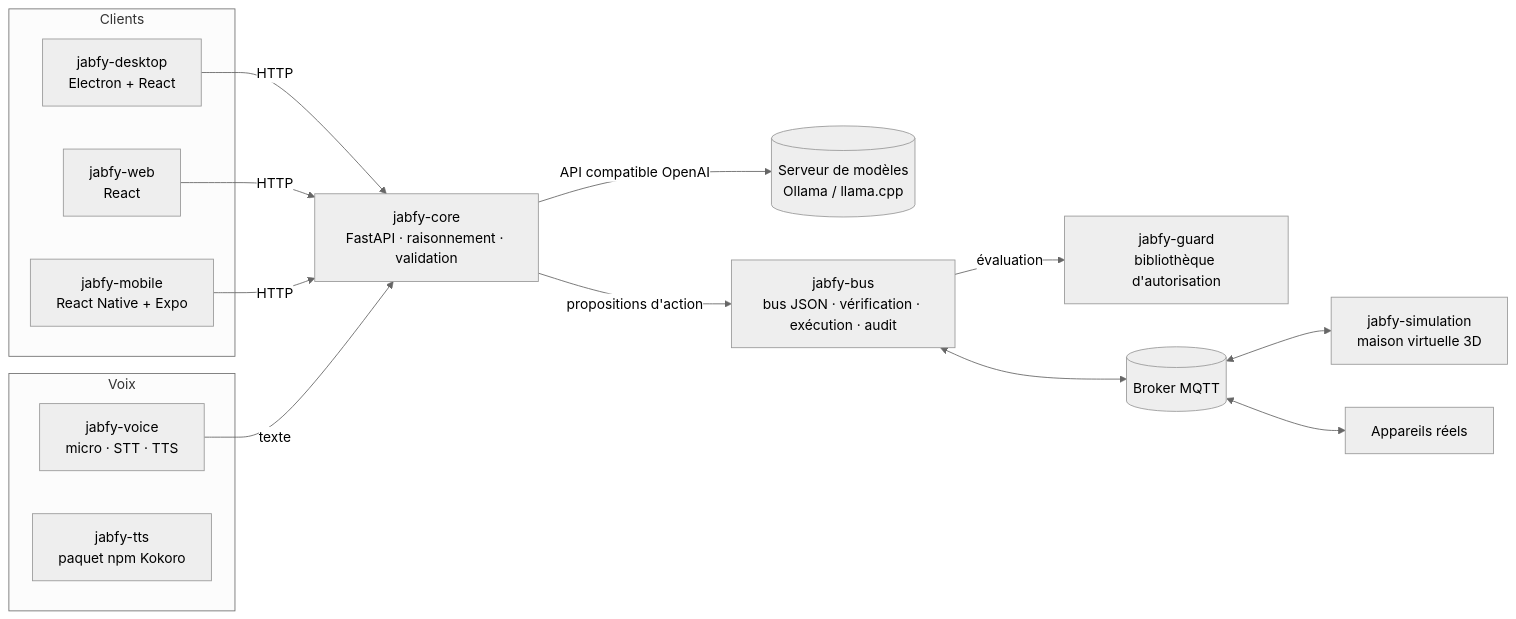
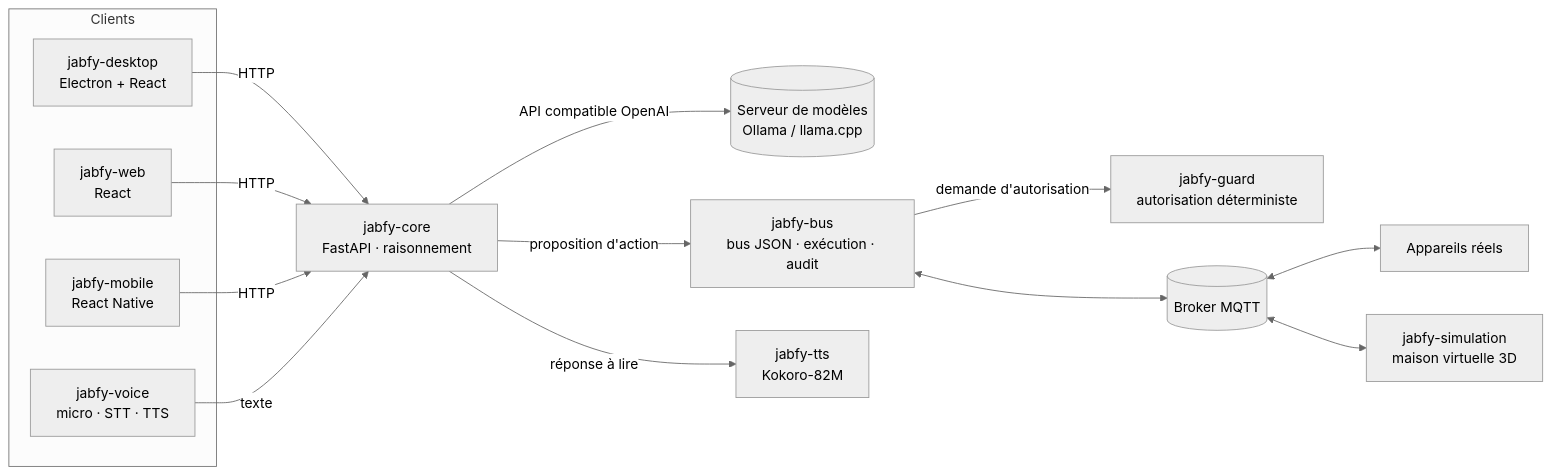
The second of 6 diagrams in documentation/architecture/vue-globale.md (jabfy-corp/jabfy-docs), drawn with Mermaid (neutral theme) before and after one commit. The commit also changed other lines of this file and 45 other files, not shown here.

First line of the commit message:
docs: prepare the 29/10 review: research, architecture, first measurements

````diff
--- a/documentation/architecture/vue-globale.md
+++ b/documentation/architecture/vue-globale.md
@@ -27,30 +27,29 @@
 ```mermaid
 flowchart LR
   subgraph clients[Clients]
     desktop[jabfy-desktop<br/>Electron + React]
     web[jabfy-web<br/>React]
-    mobile[jabfy-mobile<br/>React Native + Expo]
+    mobile[jabfy-mobile<br/>React Native]
+    voice[jabfy-voice<br/>micro · STT · TTS]
   end
-  subgraph voix[Voix]
-    voice[jabfy-voice<br/>micro · STT · TTS]
-    tts[jabfy-tts<br/>paquet npm Kokoro]
-  end
-  core[jabfy-core<br/>FastAPI · raisonnement · validation]
+  core[jabfy-core<br/>FastAPI · raisonnement]
   llm[(Serveur de modèles<br/>Ollama / llama.cpp)]
-  bus[jabfy-bus<br/>bus JSON · vérification · exécution · audit]
-  guard[jabfy-guard<br/>bibliothèque d'autorisation]
+  guard[jabfy-guard<br/>autorisation déterministe]
+  bus[jabfy-bus<br/>bus JSON · exécution · audit]
+  tts[jabfy-tts<br/>Kokoro-82M]
   mqtt[(Broker MQTT)]
+  devices[Appareils réels]
   sim[jabfy-simulation<br/>maison virtuelle 3D]
-  devices[Appareils réels]
 
   desktop -->|HTTP| core
   web -->|HTTP| core
   mobile -->|HTTP| core
   voice -->|texte| core
   core -->|API compatible OpenAI| llm
-  core -->|propositions d'action| bus
-  bus -->|évaluation| guard
+  core -->|réponse à lire| tts
+  core -->|proposition d'action| bus
+  bus -->|demande d'autorisation| guard
   bus <--> mqtt
+  mqtt <--> devices
   mqtt <--> sim
-  mqtt <--> devices
 ```
````
